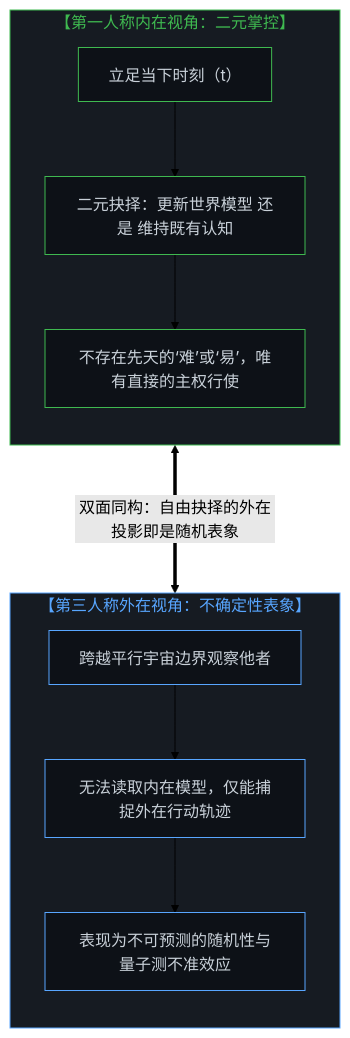
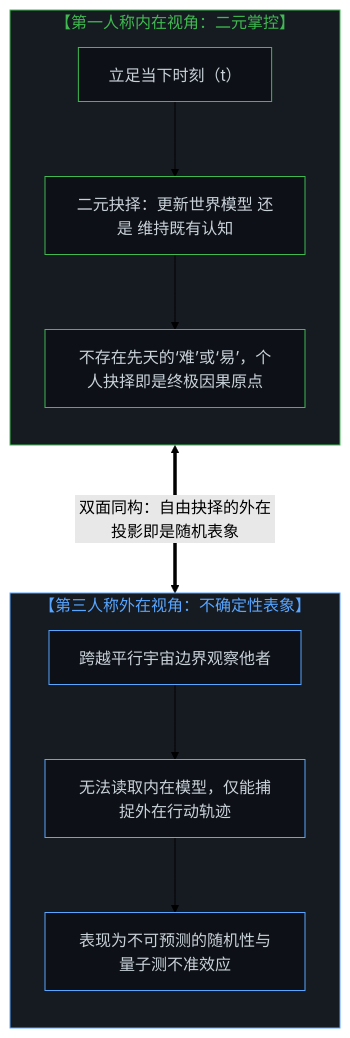
Before and after one commit to powerpig99/not-a-toe: the first of 6 diagrams in content/posts/the-two-sided-nature-of-sovereign-choice-and-the-objectification-of-observation.md, drawn with Mermaid (forest theme). The commit also changed other lines of this file and 5 other files, not shown here.

````diff
--- a/content/posts/the-two-sided-nature-of-sovereign-choice-and-the-objectification-of-observation.md
+++ b/content/posts/the-two-sided-nature-of-sovereign-choice-and-the-objectification-of-observation.md
@@ -17,29 +17,29 @@
 ```mermaid
 graph TD
     subgraph S_Internal["【第一人称内在视角：二元掌控】"]
         direction TB
         I1["立足当下时刻（t）"]
         I2["二元抉择：更新世界模型 还是 维持既有认知"]
-        I3["不存在先天的‘难’或‘易’，唯有直接的主权行使"]
+        I3["不存在先天的‘难’或‘易’，个人抉择即是终极因果原点"]
         I1 --> I2 --> I3
     end
 
     subgraph S_External["【第三人称外在视角：不确定性表象】"]
         direction TB
         E1["跨越平行宇宙边界观察他者"]
         E2["无法读取内在模型，仅能捕捉外在行动轨迹"]
         E3["表现为不可预测的随机性与量子测不准效应"]
         E1 --> E2 --> E3
     end
 
     I2 <===>|"双面同构：自由抉择的外在投影即是随机表象"| E2
 
     style S_Internal fill:#161b22,stroke:#3fb950,stroke-width:1px,color:#3fb950
     style S_External fill:#161b22,stroke:#58a6ff,stroke-width:1px,color:#58a6ff
     style I1 fill:#0d1117,stroke:#3fb950,stroke-width:1px,color:#c9d1d9
     style I2 fill:#0d1117,stroke:#3fb950,stroke-width:1px,color:#c9d1d9
     style I3 fill:#0d1117,stroke:#3fb950,stroke-width:1px,color:#c9d1d9
     style E1 fill:#0d1117,stroke:#58a6ff,stroke-width:1px,color:#c9d1d9
     style E2 fill:#0d1117,stroke:#58a6ff,stroke-width:1px,color:#c9d1d9
     style E3 fill:#0d1117,stroke:#58a6ff,stroke-width:1px,color:#c9d1d9
 ```
````
